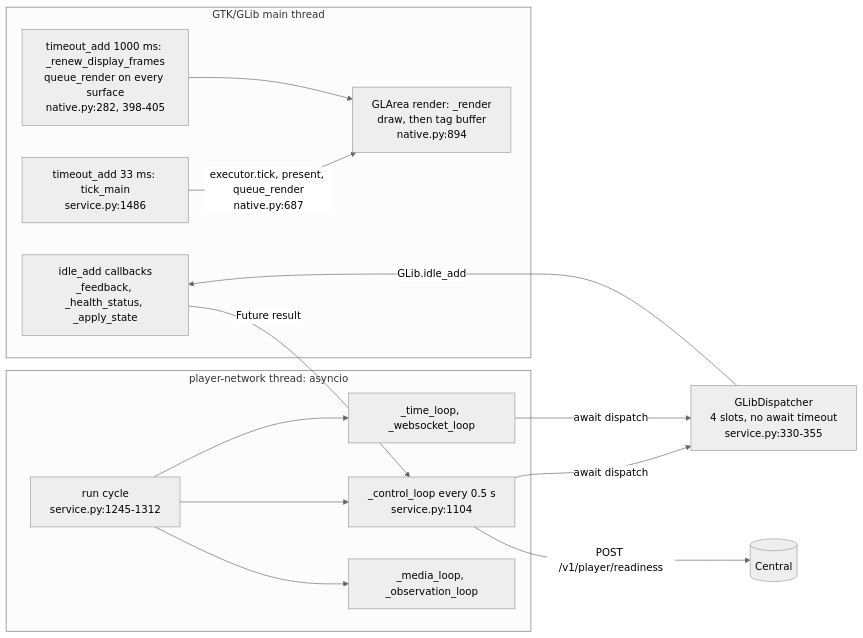
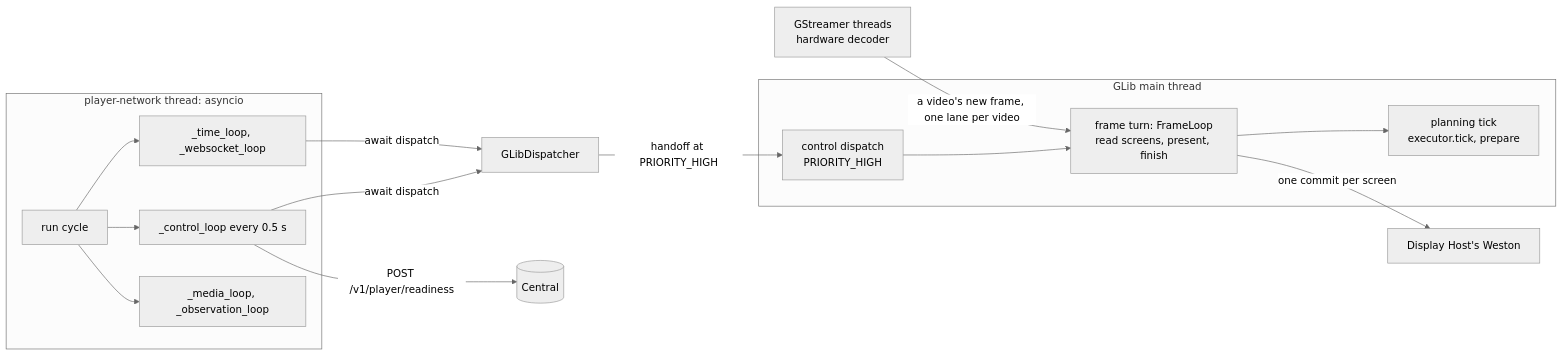
The fifth of 6 diagrams in docs/player-architecture.md (mcurcio/photo-wall), drawn with Mermaid (neutral theme) before and after one commit. The commit also changed other lines of this file and 20 other files, not shown here.

````diff
--- a/docs/player-architecture.md
+++ b/docs/player-architecture.md
@@ -185,26 +190,24 @@
 ```mermaid
 flowchart LR
-    subgraph MAIN[GTK/GLib main thread]
-        TICK[timeout_add 33 ms: tick_main<br/>service.py:1486]
-        RENEW[timeout_add 1000 ms: _renew_display_frames<br/>queue_render on every surface<br/>native.py:282, 398-405]
-        RENDER[GLArea render: _render<br/>draw, then tag buffer<br/>native.py:894]
-        IDLE[idle_add callbacks<br/>_feedback, _health_status, _apply_state]
-        TICK -- executor.tick, present, queue_render<br/>native.py:687 --> RENDER
-        RENEW --> RENDER
+    subgraph MAIN[GLib main thread]
+        CONTROL[control dispatch<br/>PRIORITY_HIGH]
+        FRAME[frame turn: FrameLoop<br/>read screens, present, finish]
+        TICK[planning tick<br/>executor.tick, prepare]
+        CONTROL --> FRAME --> TICK
     end
     subgraph NET[player-network thread: asyncio]
-        RUN[run cycle<br/>service.py:1245-1312]
-        CTRL[_control_loop every 0.5 s<br/>service.py:1104]
+        RUN[run cycle]
+        CTRL[_control_loop every 0.5 s]
         DLOOPS[_time_loop, _websocket_loop]
         OTHER[_media_loop, _observation_loop]
         RUN --> CTRL
         RUN --> DLOOPS
         RUN --> OTHER
     end
-    DISP[GLibDispatcher<br/>4 slots, no await timeout<br/>service.py:330-355]
+    DEC[GStreamer threads<br/>hardware decoder] -- a video's new frame, one lane per video --> FRAME
+    DISP[GLibDispatcher] -- handoff at PRIORITY_HIGH --> CONTROL
     CTRL -- await dispatch --> DISP
     DLOOPS -- await dispatch --> DISP
-    DISP -- GLib.idle_add --> IDLE
-    IDLE -- Future result --> CTRL
     CTRL -- POST /v1/player/readiness --> C[(Central)]
+    FRAME -- one commit per screen --> W[Display Host's Weston]
 ```
````
